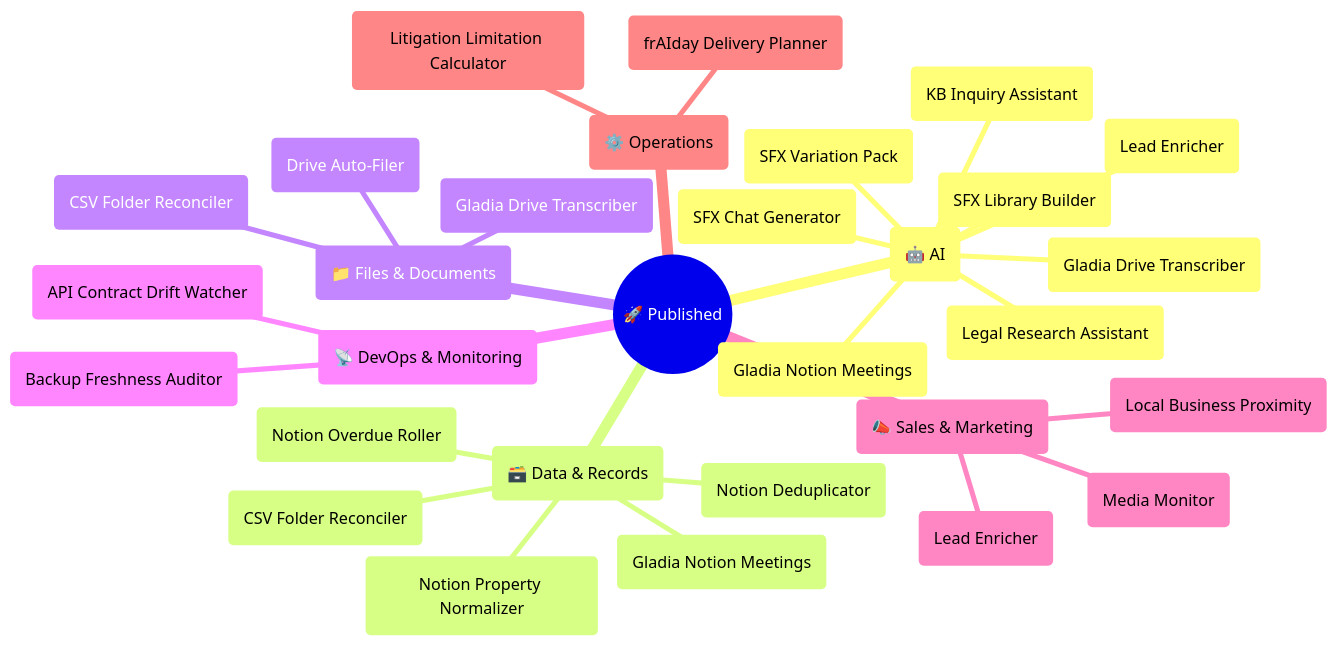
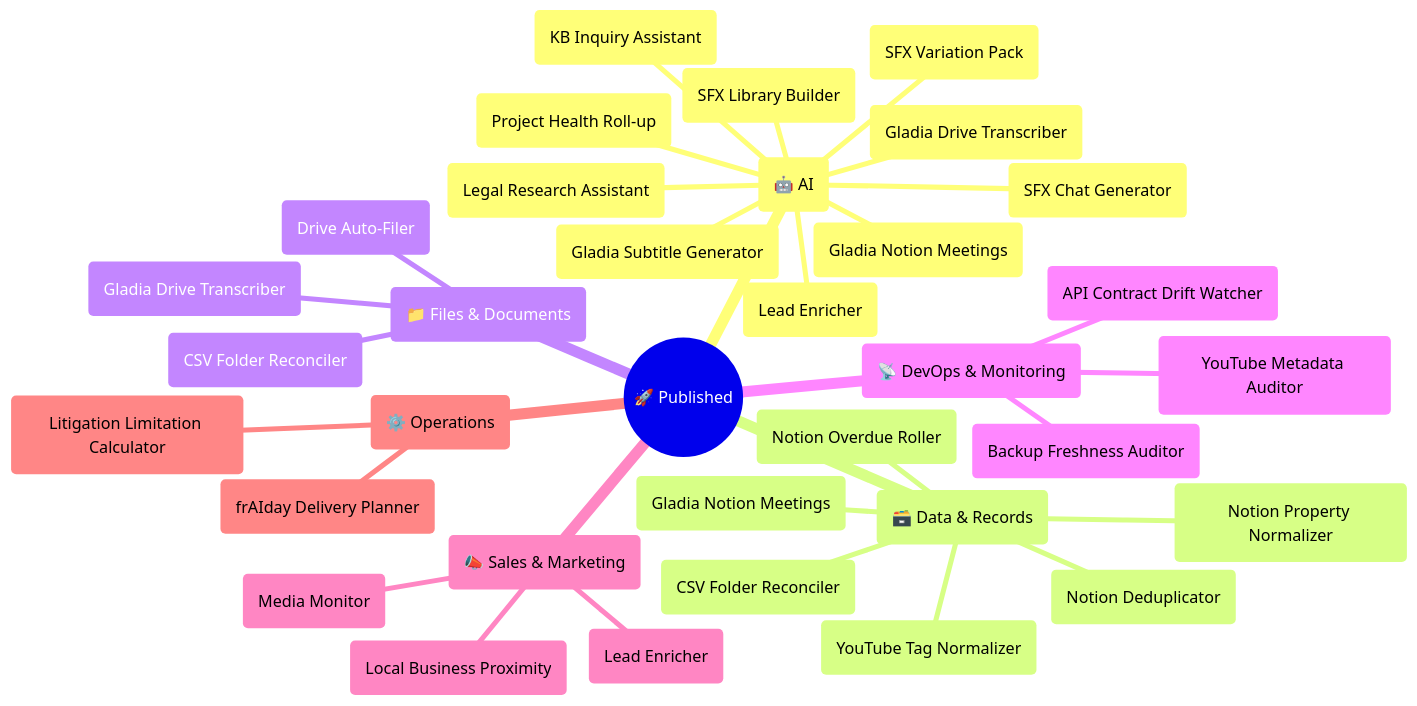
One commit to exekyute/n8n-exekyute-templates changed the diagram in README.md. Above: the diagram before and after it, drawn with Mermaid. The commit also changed other lines of this file and 20 other files, not shown here.

````diff
--- a/README.md
+++ b/README.md
@@ -9,33 +9,37 @@
 ```mermaid
 mindmap
   root((🚀 Published))
     (🤖 AI)
       (KB Inquiry Assistant)
       (Legal Research Assistant)
       (SFX Chat Generator)
       (SFX Variation Pack)
       (SFX Library Builder)
       (Gladia Drive Transcriber)
       (Gladia Notion Meetings)
       (Lead Enricher)
+      (Gladia Subtitle Generator)
+      (Project Health Roll-up)
     (🗃️ Data & Records)
       (Notion Deduplicator)
       (Notion Overdue Roller)
       (Notion Property Normalizer)
       (Gladia Notion Meetings)
       (CSV Folder Reconciler)
+      (YouTube Tag Normalizer)
     (📁 Files & Documents)
       (CSV Folder Reconciler)
       (Drive Auto-Filer)
       (Gladia Drive Transcriber)
     (📡 DevOps & Monitoring)
       (API Contract Drift Watcher)
       (Backup Freshness Auditor)
+      (YouTube Metadata Auditor)
     (📣 Sales & Marketing)
       (Lead Enricher)
       (Media Monitor)
       (Local Business Proximity)
     (⚙️ Operations)
       (frAIday Delivery Planner)
       (Litigation Limitation Calculator)
 ```
````
